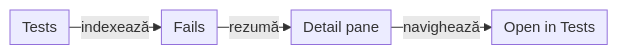
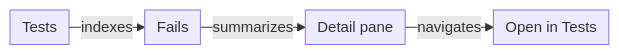
The seventh of 11 diagrams in docs/ATF_Reporting_Contract.md (crististefanita/atf_j0), drawn with Mermaid before and after one commit. The commit also changed other lines of this file and 113 other files, not shown here.

````diff
--- a/docs/ATF_Reporting_Contract.md
+++ b/docs/ATF_Reporting_Contract.md
@@ -654,7 +517,7 @@
 ```mermaid
 %%{init: {"themeVariables":{"fontSize":"15px"},"themeCSS":".nodeLabel, .nodeLabel p { font-size: 15px !important; line-height: 1.35 !important; } .edgeLabel, .edgeLabel p { font-size: 12px !important; font-weight: 400 !important; line-height: 1.2 !important; } .edgeLabel .labelBkg, .edgeLabel p { background: transparent !important; } .edgeLabel foreignObject { transform: translateY(-18px); overflow: visible; } .node rect { rx: 6px; ry: 6px; }","flowchart":{"curve":"linear","nodeSpacing":24,"rankSpacing":24,"padding":6,"diagramPadding":20}}}%%
 flowchart LR
-    Tests["Tests"] -->|indexează| Fails["Fails"]
-    Fails -->|rezumă| Detail["Detail pane"]
-    Detail -->|navighează| Open["Open in Tests"]
+    Tests["Tests"] -->|indexes| Fails["Fails"]
+    Fails -->|summarizes| Detail["Detail pane"]
+    Detail -->|navigates| Open["Open in Tests"]
 ```
````
